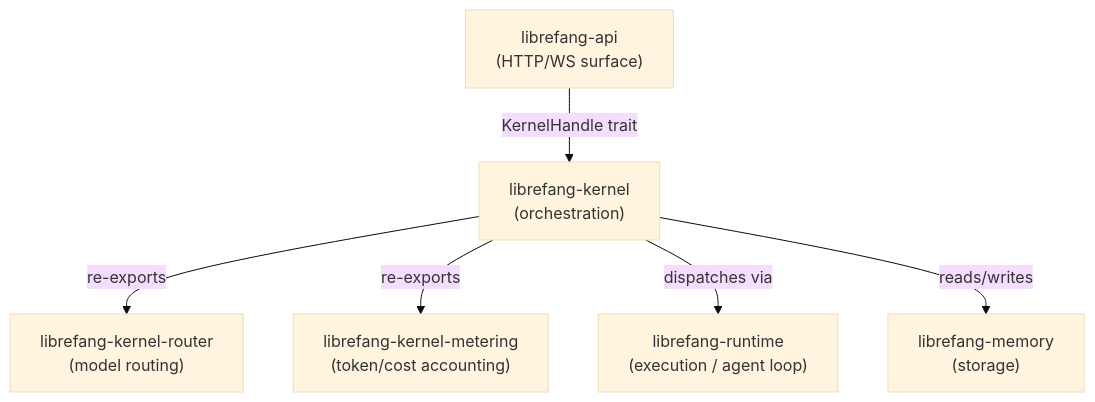
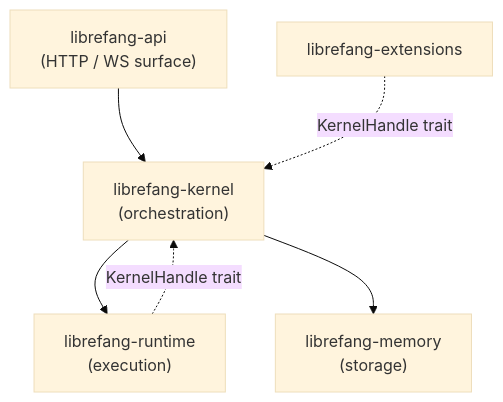
The diagram in other-librefang-kernel.md (leszek3737/librefang-WIki), drawn with Mermaid (base theme) before and after one commit. The commit also changed other lines of this file and 70 other files, not shown here.

````diff
--- a/other-librefang-kernel.md
+++ b/other-librefang-kernel.md
@@ -9,15 +9,13 @@
 ```mermaid
 graph TD
-    API["librefang-api<br/>(HTTP/WS surface)"]
-    K["librefang-kernel<br/>(orchestration)"]
-    RT["librefang-runtime<br/>(execution / agent loop)"]
-    MEM["librefang-memory<br/>(storage)"]
-    ROUTER["librefang-kernel-router<br/>(model routing)"]
-    METER["librefang-kernel-metering<br/>(token/cost accounting)"]
-
-    API -->|"KernelHandle trait"| K
-    K -->|re-exports| ROUTER
-    K -->|re-exports| METER
-    K -->|dispatches via| RT
-    K -->|reads/writes| MEM
+    API["librefang-api<br/>(HTTP / WS surface)"]
+    KERNEL["librefang-kernel<br/>(orchestration)"]
+    RUNTIME["librefang-runtime<br/>(execution)"]
+    MEMORY["librefang-memory<br/>(storage)"]
+    EXT["librefang-extensions"]
+    API --> KERNEL
+    KERNEL --> RUNTIME
+    KERNEL --> MEMORY
+    RUNTIME -.->|KernelHandle trait| KERNEL
+    EXT -.->|KernelHandle trait| KERNEL
 ```
````
